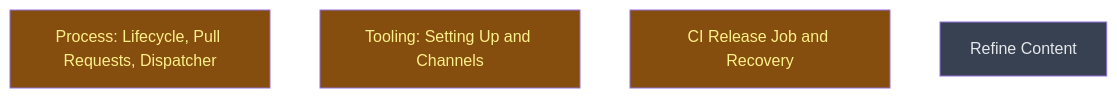
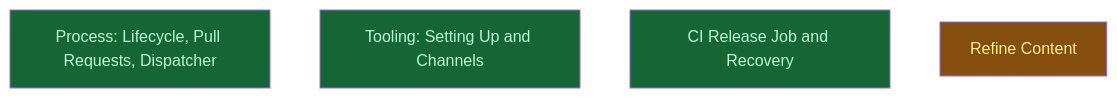
The diagram in __roadmap__/writing-release-rework/author/README.md (CrackingShells/cracking-shells-playbook), drawn with Mermaid before and after one commit. The commit also changed other lines of this file and 1 other file, not shown here.

Commit message:
chore(roadmap): close the author level and start the best-practices pass
All three author branches merged after V1 fact review and the integration
review of cross-links and fact ownership.

````diff
--- a/__roadmap__/writing-release-rework/author/README.md
+++ b/__roadmap__/writing-release-rework/author/README.md
@@ -23,12 +23,12 @@
 ```mermaid
 graph TD
-    process[Process: Lifecycle, Pull Requests, Dispatcher]:::inprogress
-    tooling[Tooling: Setting Up and Channels]:::inprogress
-    ci_and_recovery[CI Release Job and Recovery]:::inprogress
-    refine[Refine Content]:::planned
+    process[Process: Lifecycle, Pull Requests, Dispatcher]:::done
+    tooling[Tooling: Setting Up and Channels]:::done
+    ci_and_recovery[CI Release Job and Recovery]:::done
+    refine[Refine Content]:::inprogress
     classDef done       fill:#166534,color:#bbf7d0
     classDef inprogress fill:#854d0e,color:#fef08a
     classDef planned    fill:#374151,color:#e5e7eb
     classDef amendment  fill:#1e3a5f,color:#bfdbfe
     classDef blocked    fill:#7f1d1d,color:#fecaca
 ```
````
